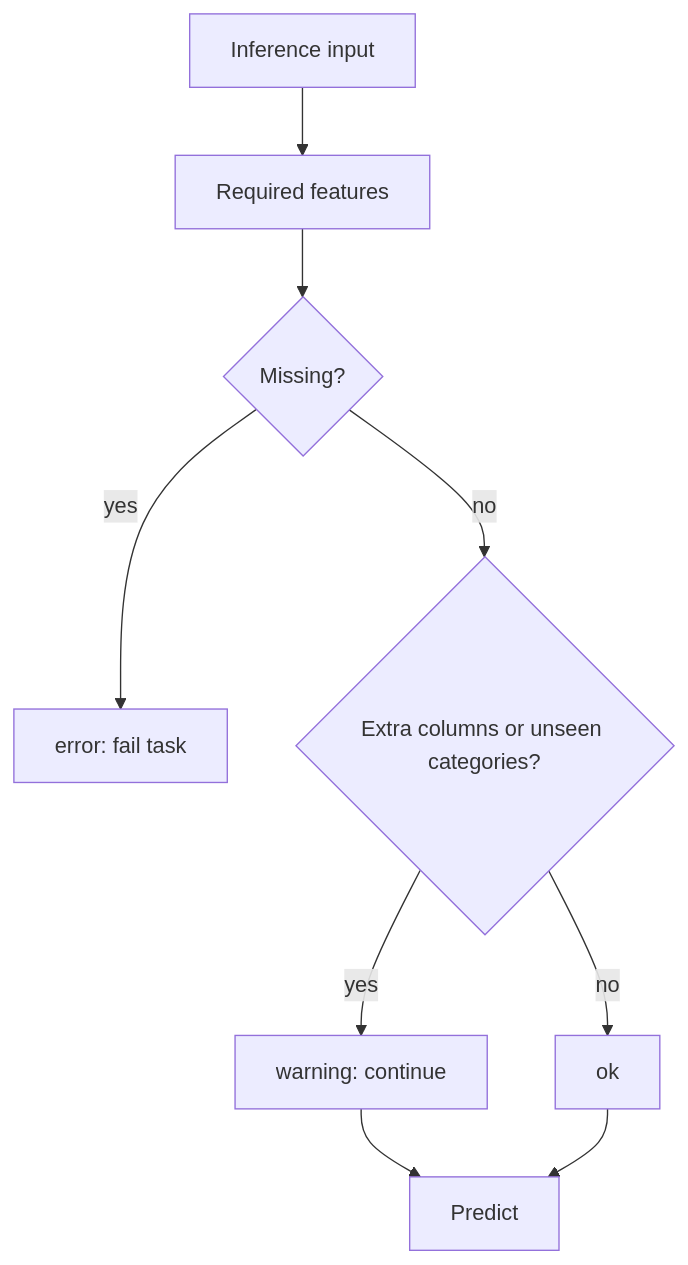
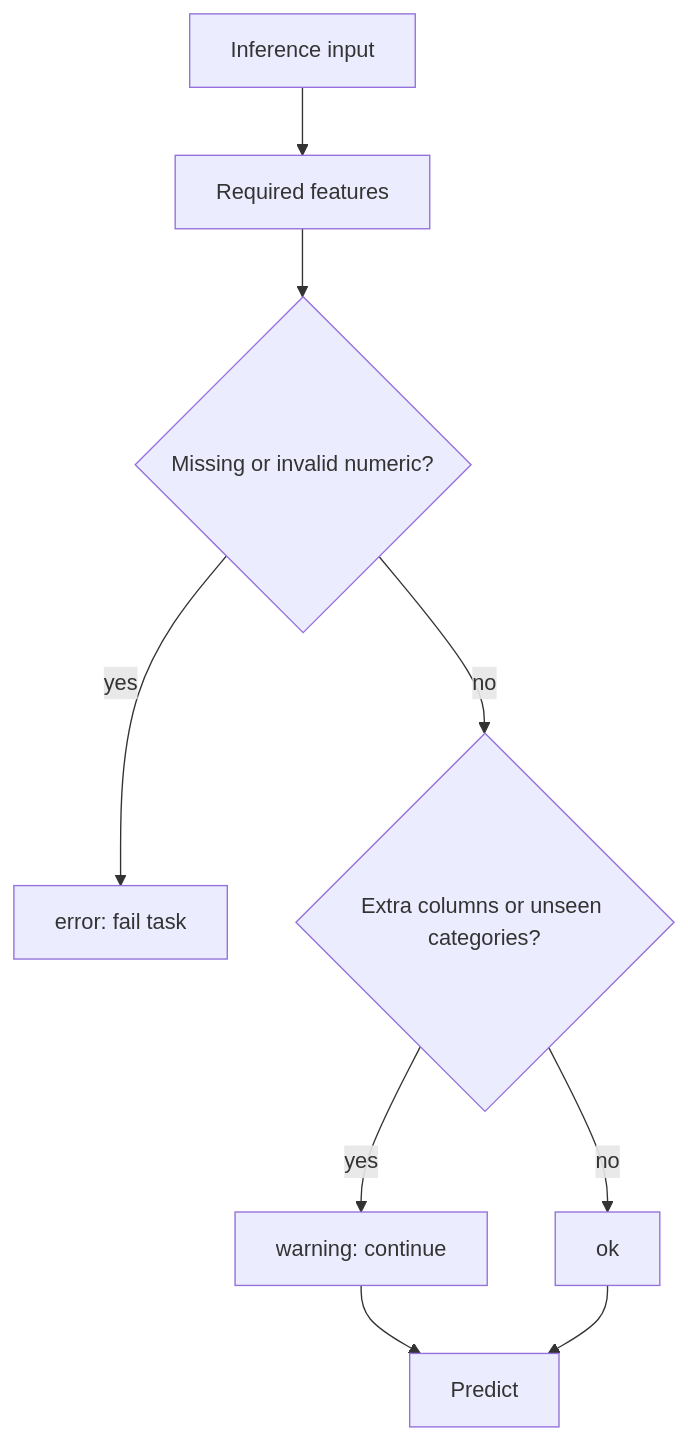
The diagram in docs/ml_platform_mkdocs/docs/clearml/inference-ui.md (dkawa2523/ml_platform), drawn with Mermaid before and after one commit. The commit also changed other lines of this file and 128 other files, not shown here.

Commit message:
refactor: simplify platform architecture

````diff
--- a/docs/ml_platform_mkdocs/docs/clearml/inference-ui.md
+++ b/docs/ml_platform_mkdocs/docs/clearml/inference-ui.md
@@ -39,11 +39,11 @@
 ```mermaid
 graph TB
   A[Inference input] --> B[Required features]
-  B --> C{Missing?}
+  B --> C{Missing or invalid numeric?}
   C -->|yes| X[error: fail task]
   C -->|no| D{Extra columns or unseen categories?}
   D -->|yes| W[warning: continue]
   D -->|no| O[ok]
   W --> P[Predict]
   O --> P
 ```
````
